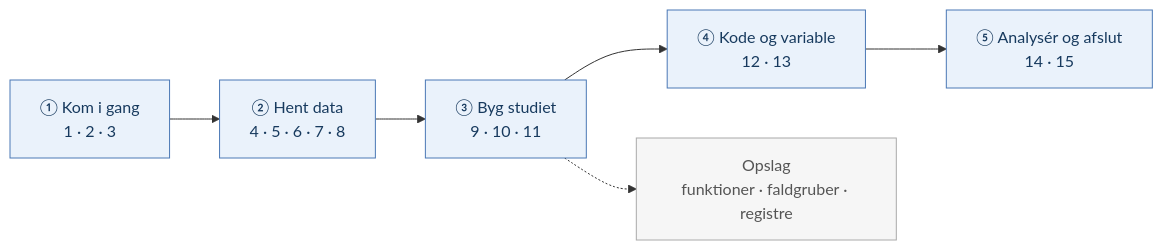
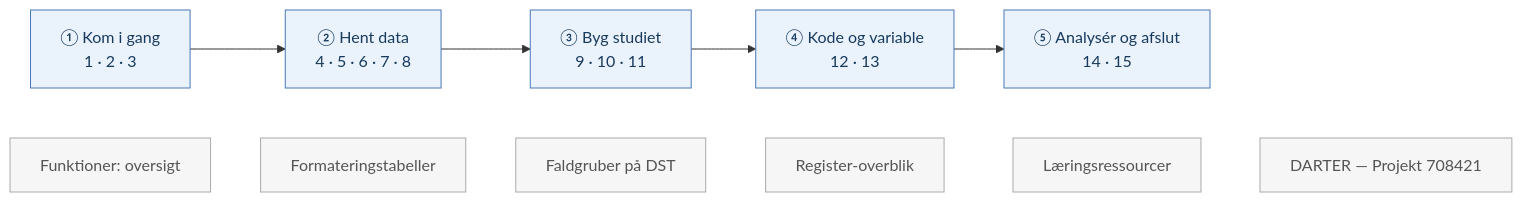
Before and after one commit to steno-aarhus/registers-guide: the diagram in docs/da/00_index.qmd, drawn with Mermaid. The commit also changed 2 other files, not shown here.

Commit message:
Forsidefigur: opslagssider som fritstående kasser uden pile
- Fjern stiplet pil fra 'Byg studiet' til opslag
- Vis de 6 opslagssider (inkl. DARTER) som separate kasser uden forbindelser
- Gitignorér planning/ (lokale planer publiceres ikke)

````diff
--- a/docs/da/00_index.qmd
+++ b/docs/da/00_index.qmd
@@ -56,9 +56,9 @@
 ```{mermaid}
 flowchart LR
     S1["①  Kom i gang<br>1 · 2 · 3"] --> S2["②  Hent data<br>4 · 5 · 6 · 7 · 8"] --> S3["③  Byg studiet<br>9 · 10 · 11"] --> S4["④  Kode og variable<br>12 · 13"] --> S5["⑤  Analysér og afslut<br>14 · 15"]
-    S3 -.-> R15["Opslag<br>funktioner · faldgruber · registre"]
+    O1["Funktioner: oversigt"] ~~~ O2["Formateringstabeller"] ~~~ O3["Faldgruber på DST"] ~~~ O4["Register-overblik"] ~~~ O5["Læringsressourcer"] ~~~ O6["DARTER — Projekt 708421"]
     classDef stage fill:#eaf2fb,stroke:#4a78b5,stroke-width:1px,color:#173a5e;
     classDef ref fill:#f6f6f6,stroke:#aaaaaa,color:#555555;
     class S1,S2,S3,S4,S5 stage
-    class R15 ref
+    class O1,O2,O3,O4,O5,O6 ref
 ```
````
